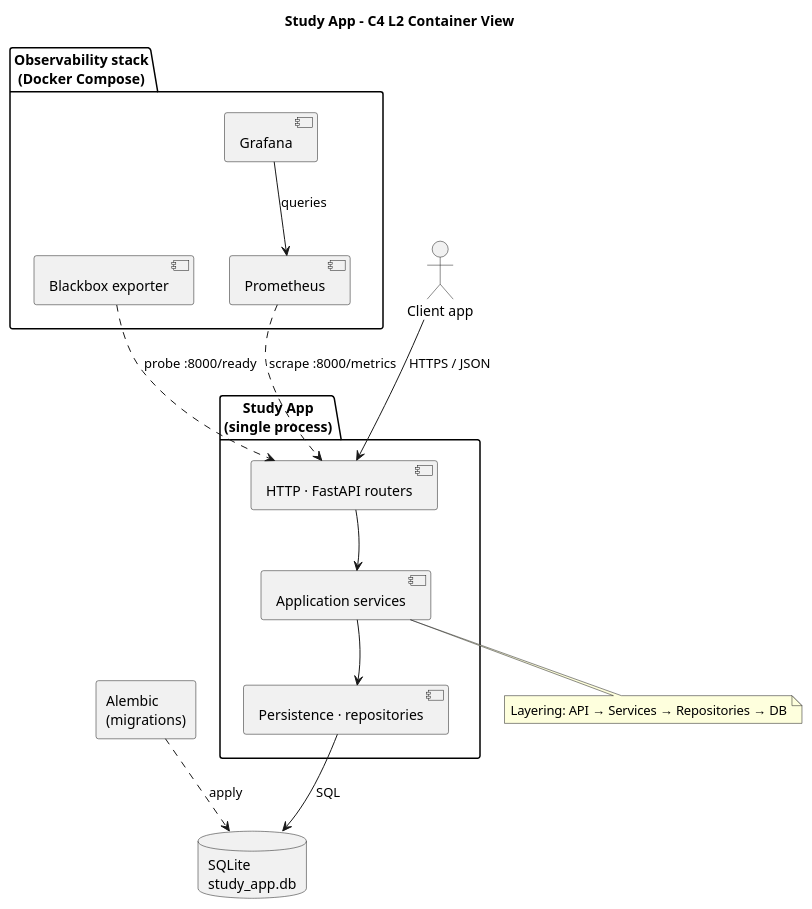
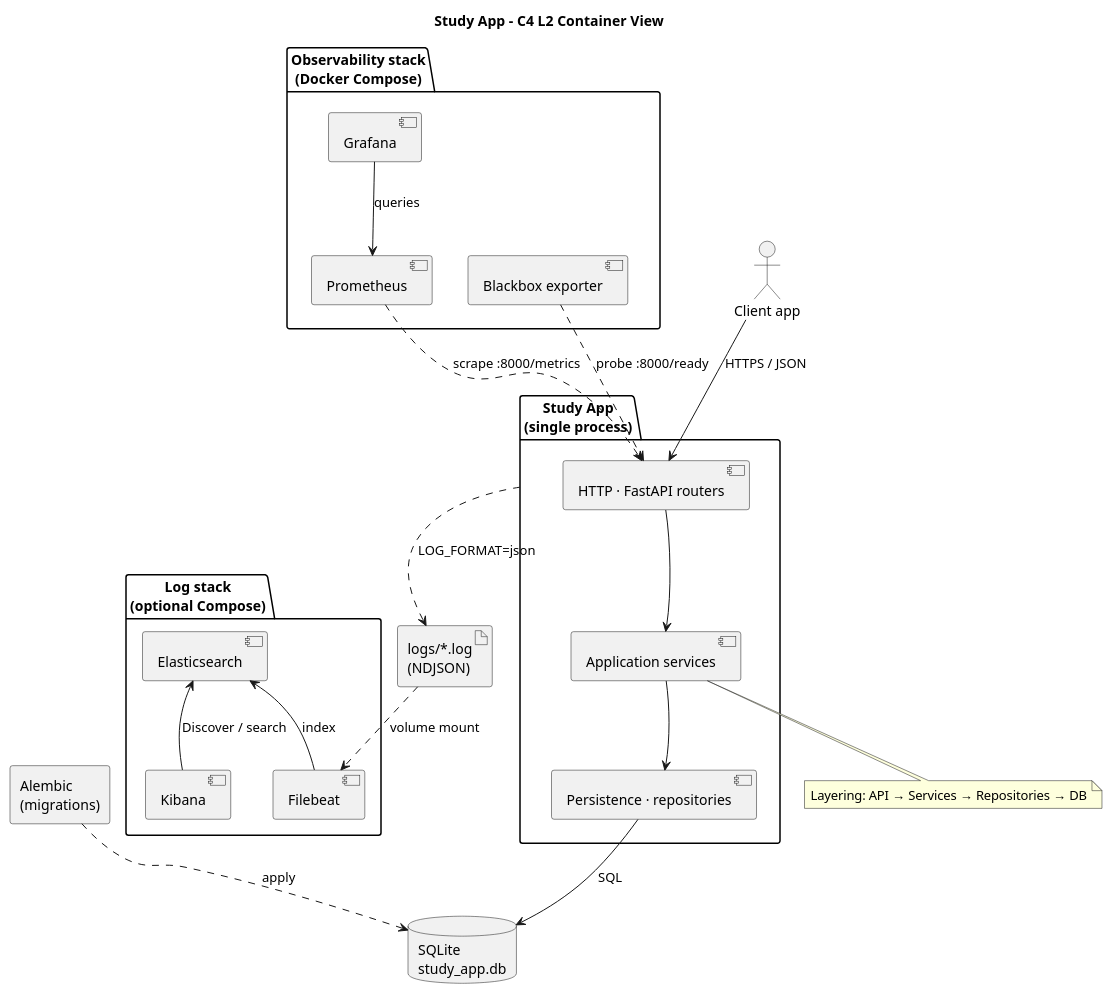
One commit to iboiarkin96/study_bot changed the diagram in docs/uml/architecture/container_view.puml. Above: the diagram before and after it, drawn with PlantUML. The commit also changed 47 other files, not shown here.

First line of the commit message:
feat: structured JSON logging, X-Request-Id, optional ELK stack, backlog updates

```diff
--- a/docs/uml/architecture/container_view.puml
+++ b/docs/uml/architecture/container_view.puml
@@ -1,46 +1,60 @@
 @startuml
 title Study App - C4 L2 Container View
 
 top to bottom direction
 
 actor "Client app" as Client
 
 package "Study App\n(single process)" as Proc {
   [HTTP · FastAPI routers] as Http
   [Application services] as App
   [Persistence · repositories] as Persist
   Http -[hidden]down- App
   App -[hidden]down- Persist
 }
 
 database "SQLite\nstudy_app.db" as Db
 rectangle "Alembic\n(migrations)" as Mig
 
 Persist -[hidden]right- Db
 Mig -[hidden]down- Db
 
 package "Observability stack\n(Docker Compose)" as Obs {
   [Grafana] as Graf
   [Prometheus] as Prom
   [Blackbox exporter] as Bbx
   Graf -[hidden]right- Prom
   Prom -[hidden]right- Bbx
 }
 
+package "Log stack\n(optional Compose)" as LogStack {
+  [Elasticsearch] as ES
+  [Kibana] as Kib
+  [Filebeat] as FB
+  ES -[hidden]right- Kib
+  Kib -[hidden]right- FB
+}
+
+artifact "logs/*.log\n(NDJSON)" as LogFile
+
 Proc -[hidden]down- Obs
+Proc ..> LogFile : LOG_FORMAT=json
+LogFile ..> FB : volume mount
+FB --> ES : index
+Kib --> ES : Discover / search
 
 Client --> Http : HTTPS / JSON
 Http --> App
 App --> Persist
 Persist --> Db : SQL
 Mig ..> Db : apply
 
 Graf --> Prom : queries
 Prom ..> Http : scrape :8000/metrics
 Bbx ..> Http : probe :8000/ready
 
 note bottom of App
   Layering: API → Services → Repositories → DB
 end note
 
 @enduml
```
